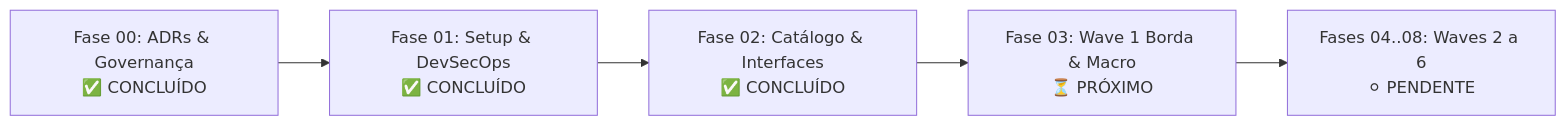
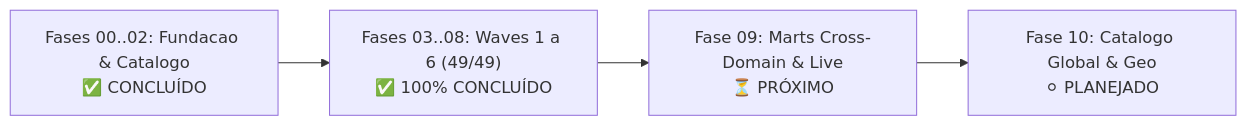
Before and after one commit to jhsfhtls/public-data-gateway: the diagram in JORNADA_IMPLEMENTACAO.md, drawn with Mermaid. The commit also changed other lines of this file and 67 other files, not shown here.

````diff
--- a/JORNADA_IMPLEMENTACAO.md
+++ b/JORNADA_IMPLEMENTACAO.md
@@ -24,7 +24,6 @@
 ```mermaid
 flowchart LR
-    F00["Fase 00: ADRs & Governança<br/>✅ CONCLUÍDO"] --> F01["Fase 01: Setup & DevSecOps<br/>✅ CONCLUÍDO"]
-    F01 --> F02["Fase 02: Catálogo & Interfaces<br/>✅ CONCLUÍDO"]
-    F02 --> F03["Fase 03: Wave 1 Borda & Macro<br/>⏳ PRÓXIMO"]
-    F03 --> F04["Fases 04..08: Waves 2 a 6<br/>⚪ PENDENTE"]
+    F00["Fases 00..02: Fundacao & Catalogo<br/>✅ CONCLUÍDO"] --> F03["Fases 03..08: Waves 1 a 6 (49/49)<br/>✅ 100% CONCLUÍDO"]
+    F03 --> F09["Fase 09: Marts Cross-Domain & Live<br/>⏳ PRÓXIMO"]
+    F09 --> F10["Fase 10: Catalogo Global & Geo<br/>⚪ PLANEJADO"]
 ```
````
